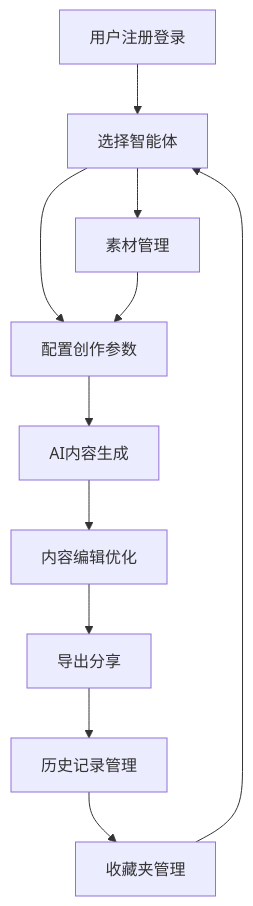
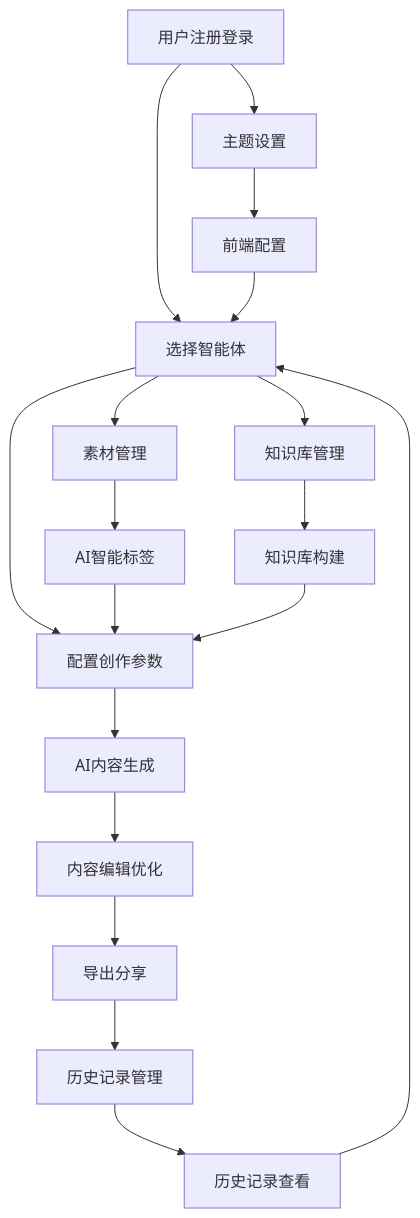
One commit to lpgl05/shipinhunjian2qi changed the first of 3 diagrams in .trae/documents/产品需求规格说明书.md. Above: the diagram before and after it, drawn with Mermaid. The commit also changed other lines of this file and 2 other files, not shown here.

````diff
--- a/.trae/documents/产品需求规格说明书.md
+++ b/.trae/documents/产品需求规格说明书.md
@@ -275,15 +329,24 @@
 ```mermaid
 graph TD
     A[用户注册登录] --> B[选择智能体]
     B --> C[配置创作参数]
     C --> D[AI内容生成]
     D --> E[内容编辑优化]
     E --> F[导出分享]
     F --> G[历史记录管理]
     
     B --> H[素材管理]
-    H --> C
+    H --> I[AI智能标签]
+    I --> C
     
-    G --> I[收藏夹管理]
-    I --> B
+    B --> J[知识库管理]
+    J --> K[知识库构建]
+    K --> C
+    
+    G --> L[历史记录查看]
+    L --> B
+    
+    A --> M[主题设置]
+    M --> N[前端配置]
+    N --> B
 ```
````
